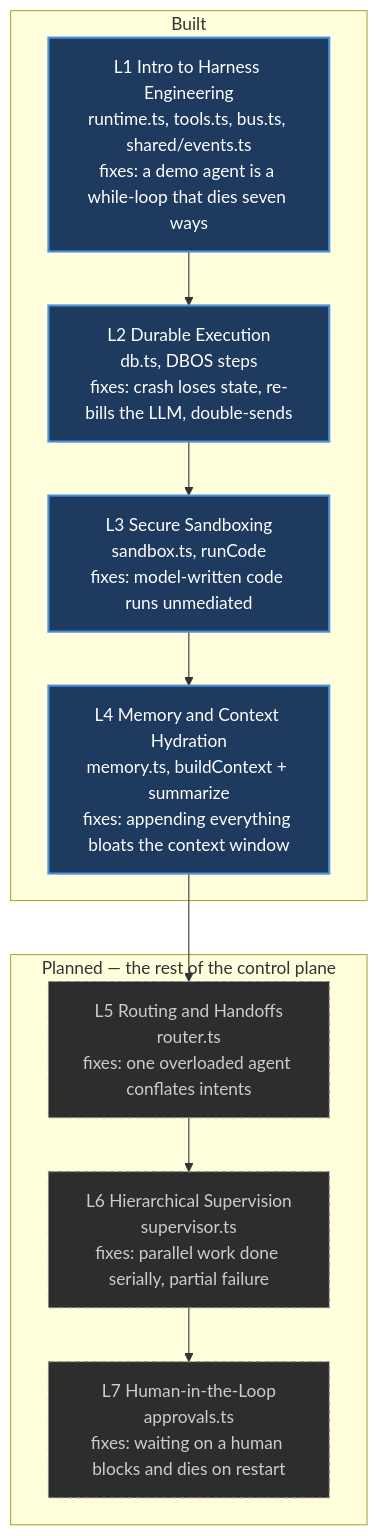
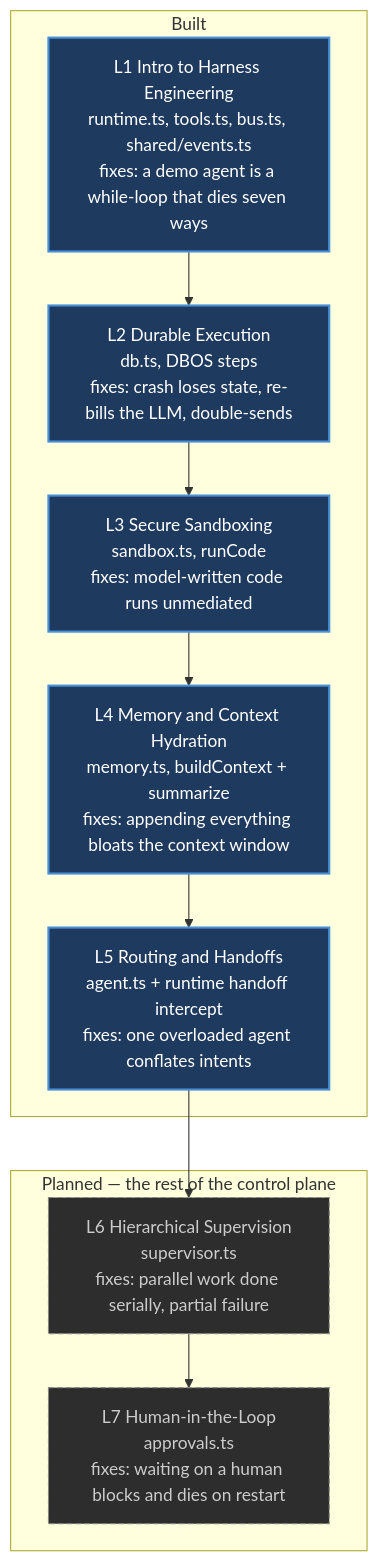
One commit to ATakaSKY/harness-learning changed the seventh of 7 diagrams in ARCHITECTURE.md. Above: the diagram before and after it, drawn with Mermaid. The commit also changed other lines of this file, not shown here.

First line of the commit message:
docs: update ARCHITECTURE for L5 handoffs and Gemini hydration.

````diff
--- a/ARCHITECTURE.md
+++ b/ARCHITECTURE.md
@@ -240,22 +275,22 @@
 ```mermaid
 flowchart TD
     subgraph BUILT["Built"]
         L1["L1 Intro to Harness Engineering<br/>runtime.ts, tools.ts, bus.ts, shared/events.ts<br/>fixes: a demo agent is a while-loop that dies seven ways"]
         L2["L2 Durable Execution<br/>db.ts, DBOS steps<br/>fixes: crash loses state, re-bills the LLM, double-sends"]
         L3["L3 Secure Sandboxing<br/>sandbox.ts, runCode<br/>fixes: model-written code runs unmediated"]
         L4["L4 Memory and Context Hydration<br/>memory.ts, buildContext + summarize<br/>fixes: appending everything bloats the context window"]
+        L5["L5 Routing and Handoffs<br/>agent.ts + runtime handoff intercept<br/>fixes: one overloaded agent conflates intents"]
     end
 
     subgraph TODO["Planned — the rest of the control plane"]
-        L5["L5 Routing and Handoffs<br/>router.ts<br/>fixes: one overloaded agent conflates intents"]
         L6["L6 Hierarchical Supervision<br/>supervisor.ts<br/>fixes: parallel work done serially, partial failure"]
         L7["L7 Human-in-the-Loop<br/>approvals.ts<br/>fixes: waiting on a human blocks and dies on restart"]
     end
 
     L1 --> L2 --> L3 --> L4 --> L5 --> L6 --> L7
 
     classDef built fill:#1e3a5f,stroke:#4a90d9,stroke-width:2px,color:#fff
     classDef planned fill:#2d2d2d,stroke:#888,stroke-dasharray:5 3,color:#ccc
-    class L1,L2,L3,L4 built
-    class L5,L6,L7 planned
+    class L1,L2,L3,L4,L5 built
+    class L6,L7 planned
 ```
````
